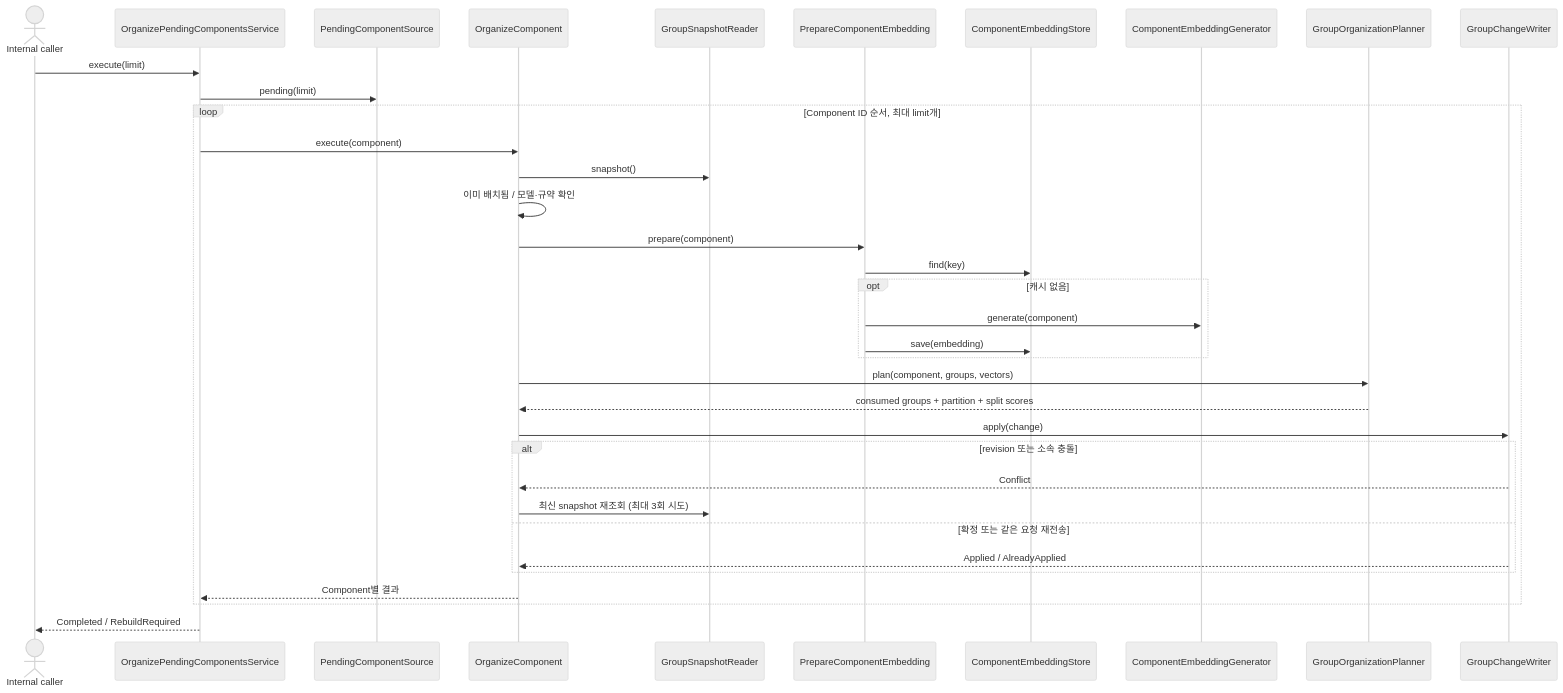
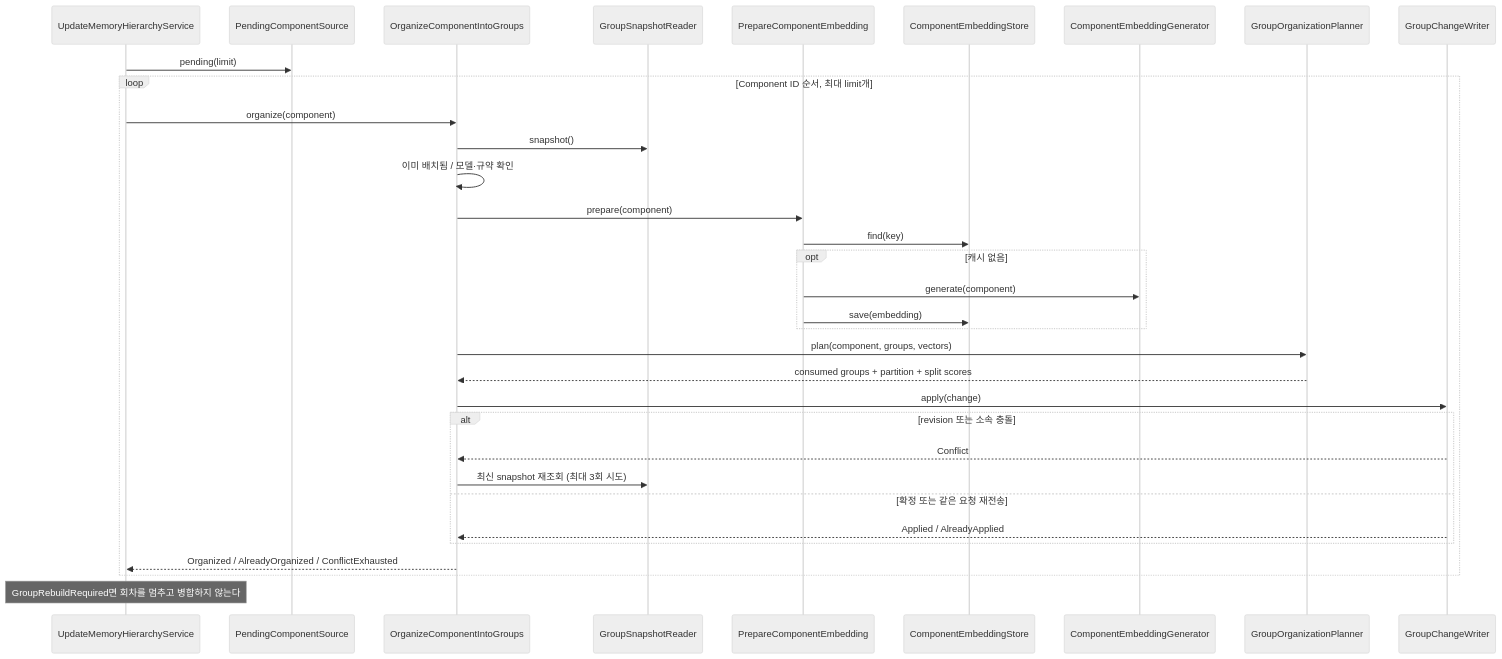
The diagram in application/src/main/kotlin/com/homeassistant/application/usecase/memoryextraction/group/README.md (magenta1223/home_assistant), drawn with Mermaid (neutral theme) before and after one commit. The commit also changed other lines of this file and 22 other files, not shown here.

Commit message:
refactor: Update memory hierarchy through one use case

````diff
--- a/application/src/main/kotlin/com/homeassistant/application/usecase/memoryextraction/group/README.md
+++ b/application/src/main/kotlin/com/homeassistant/application/usecase/memoryextraction/group/README.md
@@ -16,37 +14,35 @@
 ```mermaid
 sequenceDiagram
-    actor Caller as Internal caller
-    participant Batch as OrganizePendingComponentsService
+    participant Update as UpdateMemoryHierarchyService
     participant Pending as PendingComponentSource
-    participant One as OrganizeComponent
+    participant One as OrganizeComponentIntoGroups
     participant Snapshots as GroupSnapshotReader
     participant Embedding as PrepareComponentEmbedding
     participant Cache as ComponentEmbeddingStore
     participant Generator as ComponentEmbeddingGenerator
     participant Policy as GroupOrganizationPlanner
     participant Writer as GroupChangeWriter
-    Caller->>Batch: execute(limit)
-    Batch->>Pending: pending(limit)
+    Update->>Pending: pending(limit)
     loop Component ID 순서, 최대 limit개
-        Batch->>One: execute(component)
+        Update->>One: organize(component)
         One->>Snapshots: snapshot()
         One->>One: 이미 배치됨 / 모델·규약 확인
         One->>Embedding: prepare(component)
         Embedding->>Cache: find(key)
         opt 캐시 없음
             Embedding->>Generator: generate(component)
             Embedding->>Cache: save(embedding)
         end
         One->>Policy: plan(component, groups, vectors)
         Policy-->>One: consumed groups + partition + split scores
         One->>Writer: apply(change)
         alt revision 또는 소속 충돌
             Writer-->>One: Conflict
             One->>Snapshots: 최신 snapshot 재조회 (최대 3회 시도)
         else 확정 또는 같은 요청 재전송
             Writer-->>One: Applied / AlreadyApplied
         end
-        One-->>Batch: Component별 결과
+        One-->>Update: Organized / AlreadyOrganized / ConflictExhausted
     end
-    Batch-->>Caller: Completed / RebuildRequired
+    Note over Update: GroupRebuildRequired면 회차를 멈추고 병합하지 않는다
 ```
````
